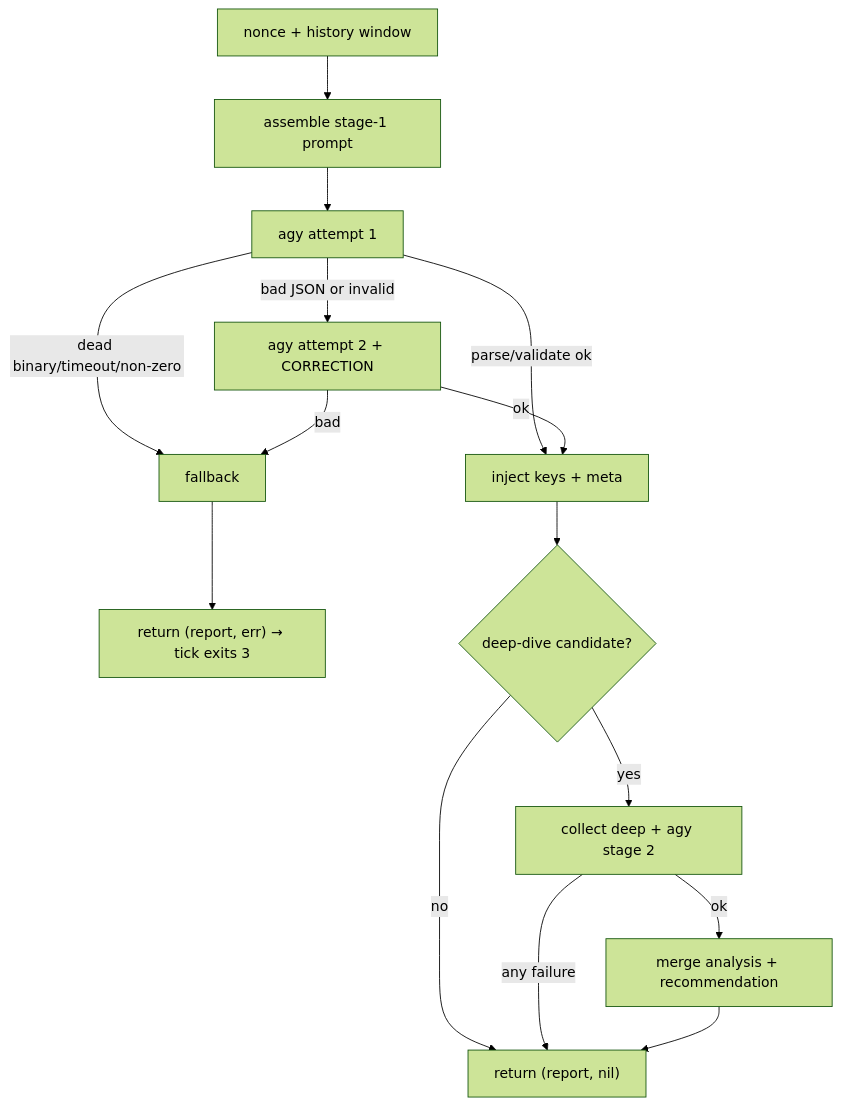
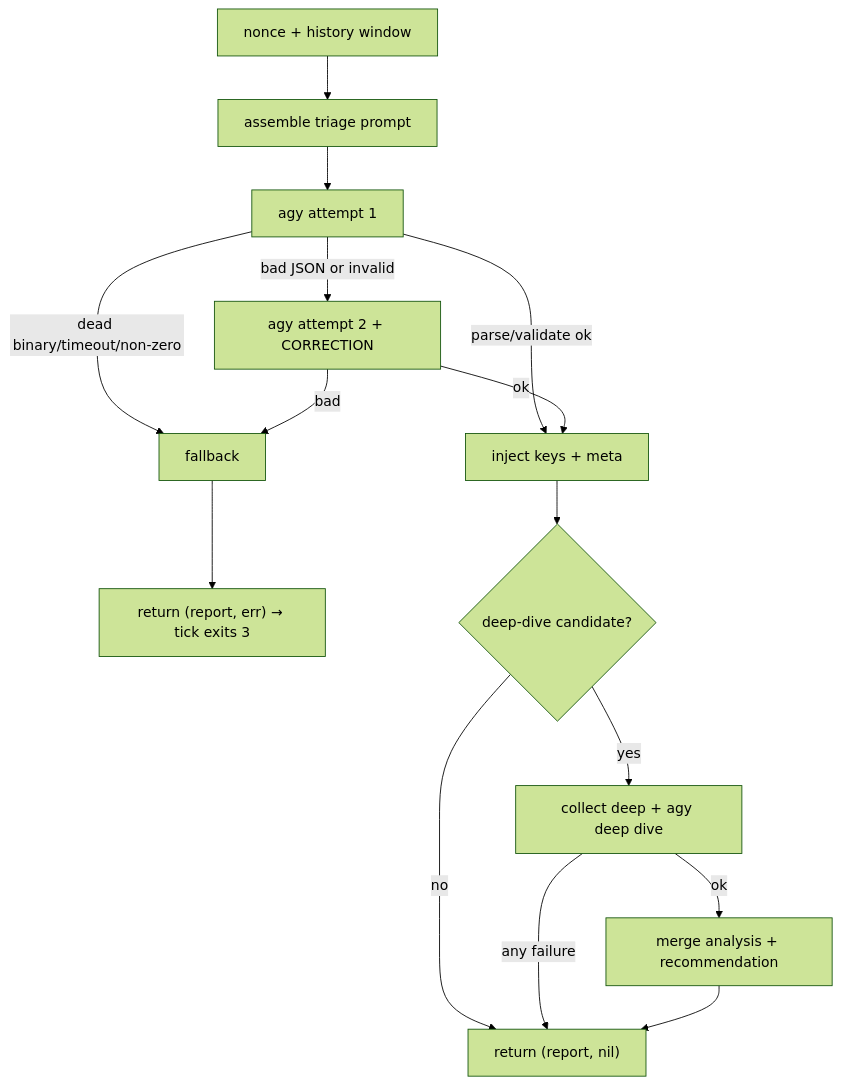
The diagram in contracts/analyze.md (thiscantbeserious/agentic-server-supervisor), drawn with Mermaid (forest theme) before and after one commit. The commit also changed other lines of this file and 5 other files, not shown here.

````diff
--- a/contracts/analyze.md
+++ b/contracts/analyze.md
@@ -266,17 +266,17 @@
 ```mermaid
 flowchart TD
-    A[nonce + history window] --> C[assemble stage-1 prompt]
+    A[nonce + history window] --> C[assemble triage prompt]
     C --> D[agy attempt 1]
     D -->|parse/validate ok| G[inject keys + meta]
     D -->|dead binary/timeout/non-zero| F[fallback]
     D -->|bad JSON or invalid| E[agy attempt 2 + CORRECTION]
     E -->|ok| G
     E -->|bad| F
     F --> X2["return (report, err) → tick exits 3"]
     G --> H{deep-dive candidate?}
     H -->|no| W["return (report, nil)"]
-    H -->|yes| I[collect deep + agy stage 2]
+    H -->|yes| I[collect deep + agy deep dive]
     I -->|ok| M[merge analysis + recommendation]
     I -->|any failure| W
     M --> W
 ```
````
